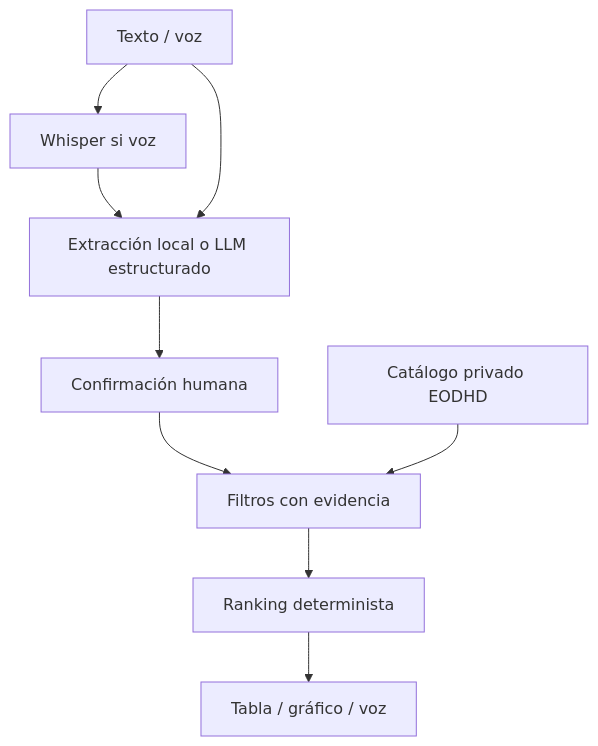
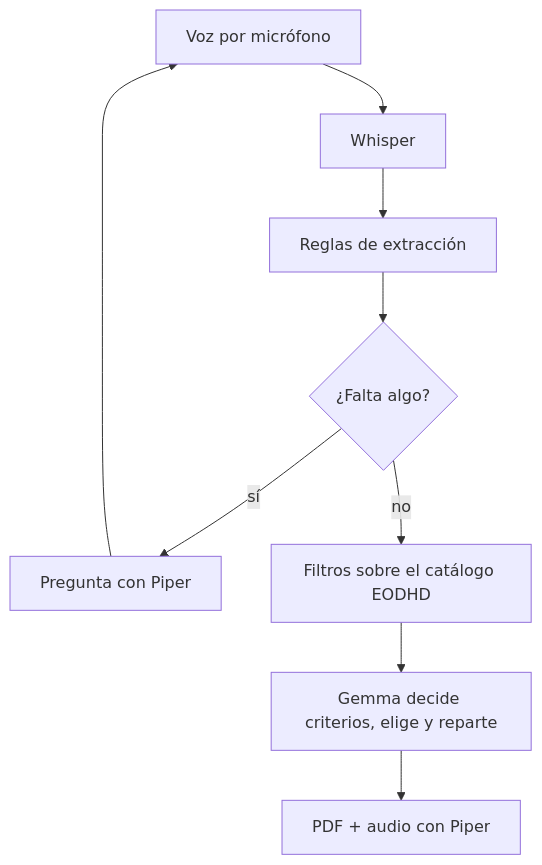
Before and after one commit to NataliaSJO/Taller_B5_T4_Multimodales: the diagram in docs/pitch.md, drawn with Mermaid. The commit also changed other lines of this file and 48 other files, not shown here.

First line of the commit message:
Conversación por voz, filtro con IA en GPU, PDF y audio resumen

````diff
--- a/docs/pitch.md
+++ b/docs/pitch.md
@@ -26,11 +29,10 @@
 ```mermaid
 flowchart TD
-    I[Texto / voz] --> A[Whisper si voz]
-    A --> E[Extracción local o LLM estructurado]
-    I --> E
-    E --> C[Confirmación humana]
-    C --> F[Filtros con evidencia]
-    F --> S[Ranking determinista]
-    S --> O[Tabla / gráfico / voz]
-    D[Catálogo privado EODHD] --> F
+    I[Voz por micrófono] --> A[Whisper]
+    A --> E[Reglas de extracción]
+    E --> C{¿Falta algo?}
+    C -- sí --> Q[Pregunta con Piper] --> I
+    C -- no --> F[Filtros sobre el catálogo EODHD]
+    F --> S[Gemma decide criterios, elige y reparte]
+    S --> O[PDF + audio con Piper]
 ```
````
